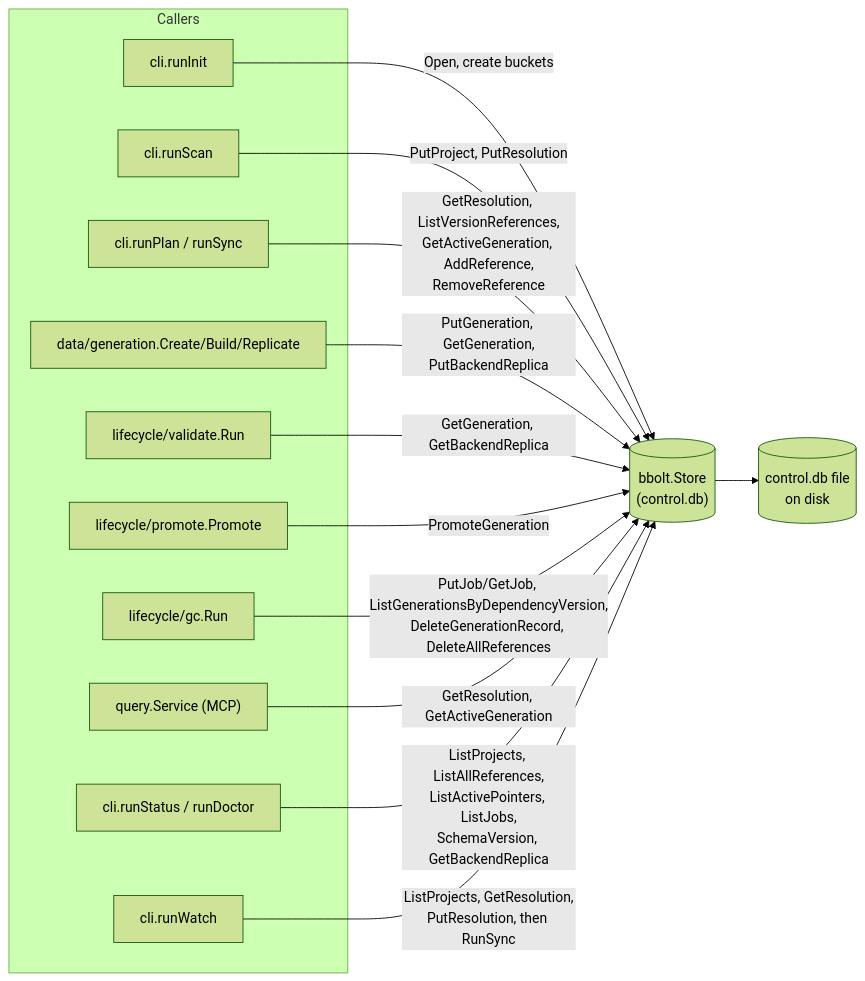
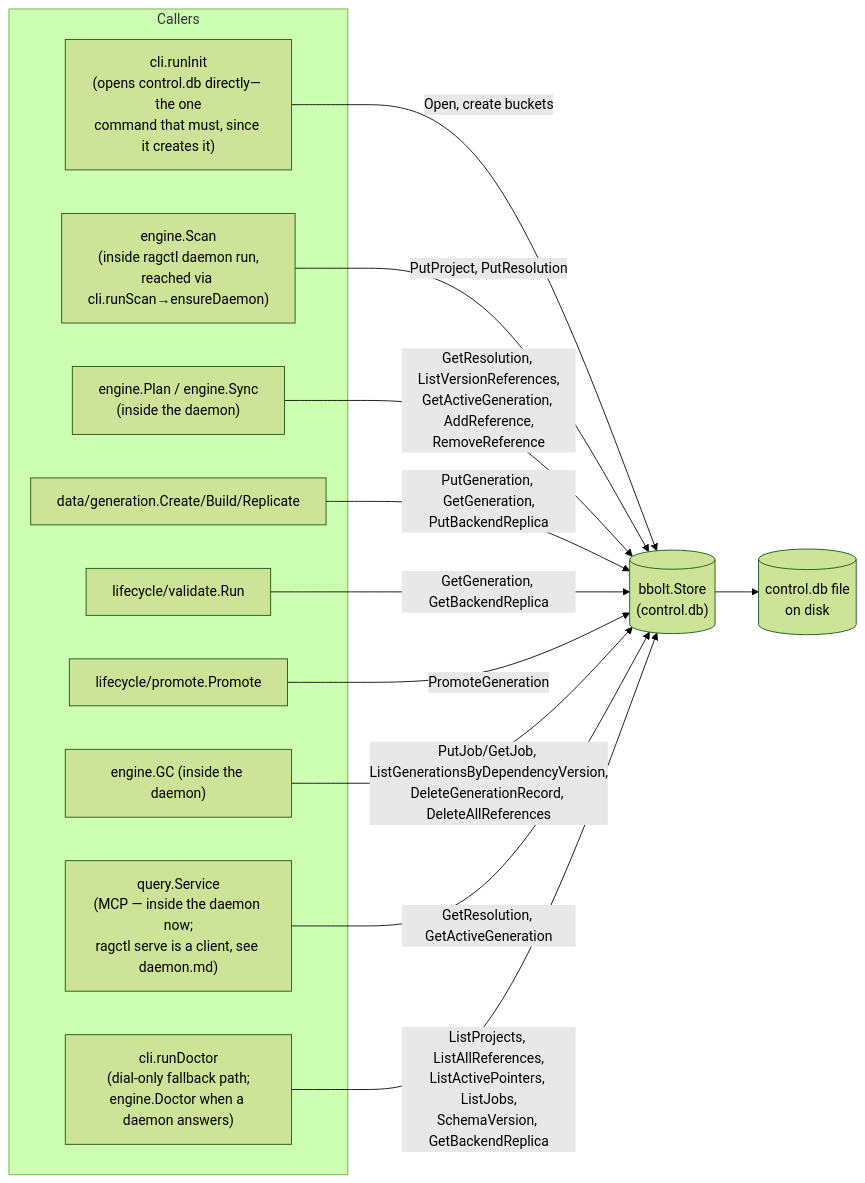
One commit to aleutian-ai/depctl changed the diagram in docs/internal/control.md. Above: the diagram before and after it, drawn with Mermaid (forest theme). The commit also changed other lines of this file and 32 other files, not shown here.

Commit message:
WATCH nearly complete with everything now flowing through the daemon.

````diff
--- a/docs/internal/control.md
+++ b/docs/internal/control.md
@@ -25,29 +26,27 @@
 ```mermaid
 flowchart LR
     subgraph Callers
-        init["cli.runInit"]
-        scan["cli.runScan"]
-        planSync["cli.runPlan / runSync"]
-        gc["lifecycle/gc.Run"]
+        init["cli.runInit\n(opens control.db directly— the one\ncommand that must, since it creates it)"]
+        scan["engine.Scan\n(inside ragctl daemon run,\nreached via cli.runScan→ensureDaemon)"]
+        planSync["engine.Plan / engine.Sync\n(inside the daemon)"]
+        gc["engine.GC (inside the daemon)"]
         genPkg["data/generation.Create/Build/Replicate"]
         validate["lifecycle/validate.Run"]
         promote["lifecycle/promote.Promote"]
-        query["query.Service (MCP)"]
-        statusDoctor["cli.runStatus / runDoctor"]
-        watchCmd["cli.runWatch"]
+        query["query.Service\n(MCP — inside the daemon now;\nragctl serve is a client, see daemon.md)"]
+        statusDoctor["cli.runDoctor\n(dial-only fallback path;\nengine.Doctor when a daemon answers)"]
     end
 
     init -->|Open, create buckets| Store
     scan -->|PutProject, PutResolution| Store
     planSync -->|GetResolution, ListVersionReferences,\nGetActiveGeneration, AddReference,\nRemoveReference| Store
     genPkg -->|PutGeneration, GetGeneration,\nPutBackendReplica| Store
     validate -->|GetGeneration, GetBackendReplica| Store
     promote -->|PromoteGeneration| Store
     gc -->|PutJob/GetJob, ListGenerationsByDependencyVersion,\nDeleteGenerationRecord, DeleteAllReferences| Store
     query -->|GetResolution, GetActiveGeneration| Store
     statusDoctor -->|ListProjects, ListAllReferences,\nListActivePointers, ListJobs,\nSchemaVersion, GetBackendReplica| Store
-    watchCmd -->|ListProjects, GetResolution,\nPutResolution, then RunSync| Store
 
     Store[("bbolt.Store\n(control.db)")]
     Store --> FS[("control.db file\non disk")]
 ```
````
